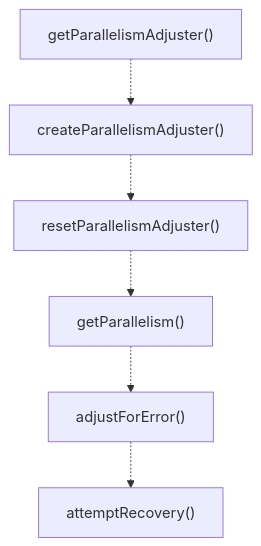
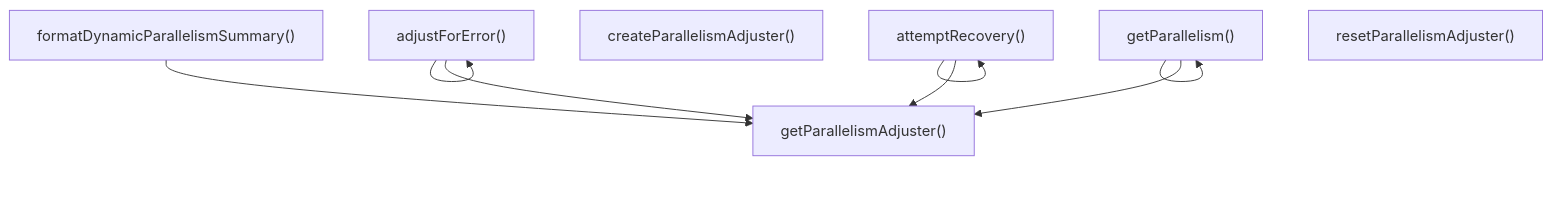
One commit to Mekann2904/mekann changed the third of 4 diagrams in ABDD/.pi/lib/dynamic-parallelism.md. Above: the diagram before and after it, drawn with Mermaid. The commit also changed other lines of this file and 277 other files, not shown here.

````diff
--- a/ABDD/.pi/lib/dynamic-parallelism.md
+++ b/ABDD/.pi/lib/dynamic-parallelism.md
@@ -113,14 +113,17 @@
 ```mermaid
 flowchart TD
-  getParallelismAdjuster["getParallelismAdjuster()"]
-  createParallelismAdjuster["createParallelismAdjuster()"]
-  resetParallelismAdjuster["resetParallelismAdjuster()"]
-  getParallelism["getParallelism()"]
   adjustForError["adjustForError()"]
   attemptRecovery["attemptRecovery()"]
-  getParallelismAdjuster -.-> createParallelismAdjuster
-  createParallelismAdjuster -.-> resetParallelismAdjuster
-  resetParallelismAdjuster -.-> getParallelism
-  getParallelism -.-> adjustForError
-  adjustForError -.-> attemptRecovery
+  createParallelismAdjuster["createParallelismAdjuster()"]
+  formatDynamicParallelismSummary["formatDynamicParallelismSummary()"]
+  getParallelism["getParallelism()"]
+  getParallelismAdjuster["getParallelismAdjuster()"]
+  resetParallelismAdjuster["resetParallelismAdjuster()"]
+  adjustForError --> adjustForError
+  adjustForError --> getParallelismAdjuster
+  attemptRecovery --> attemptRecovery
+  attemptRecovery --> getParallelismAdjuster
+  formatDynamicParallelismSummary --> getParallelismAdjuster
+  getParallelism --> getParallelism
+  getParallelism --> getParallelismAdjuster
 ```
````
